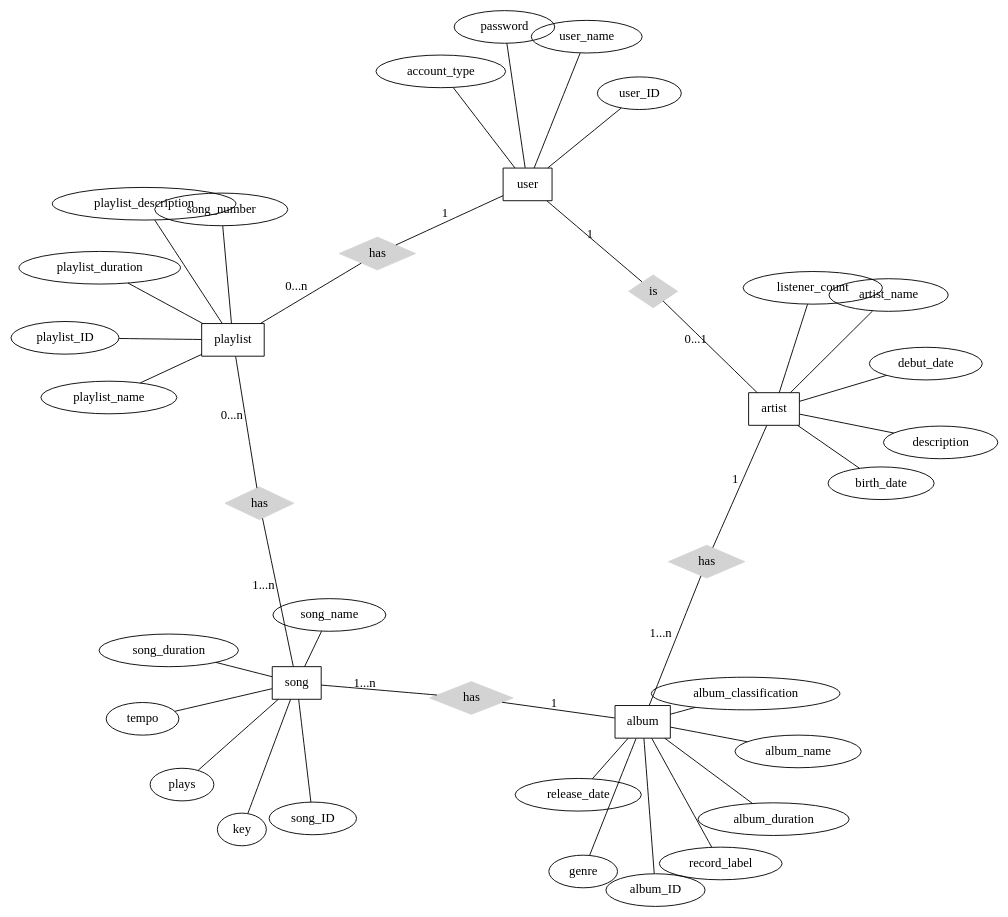
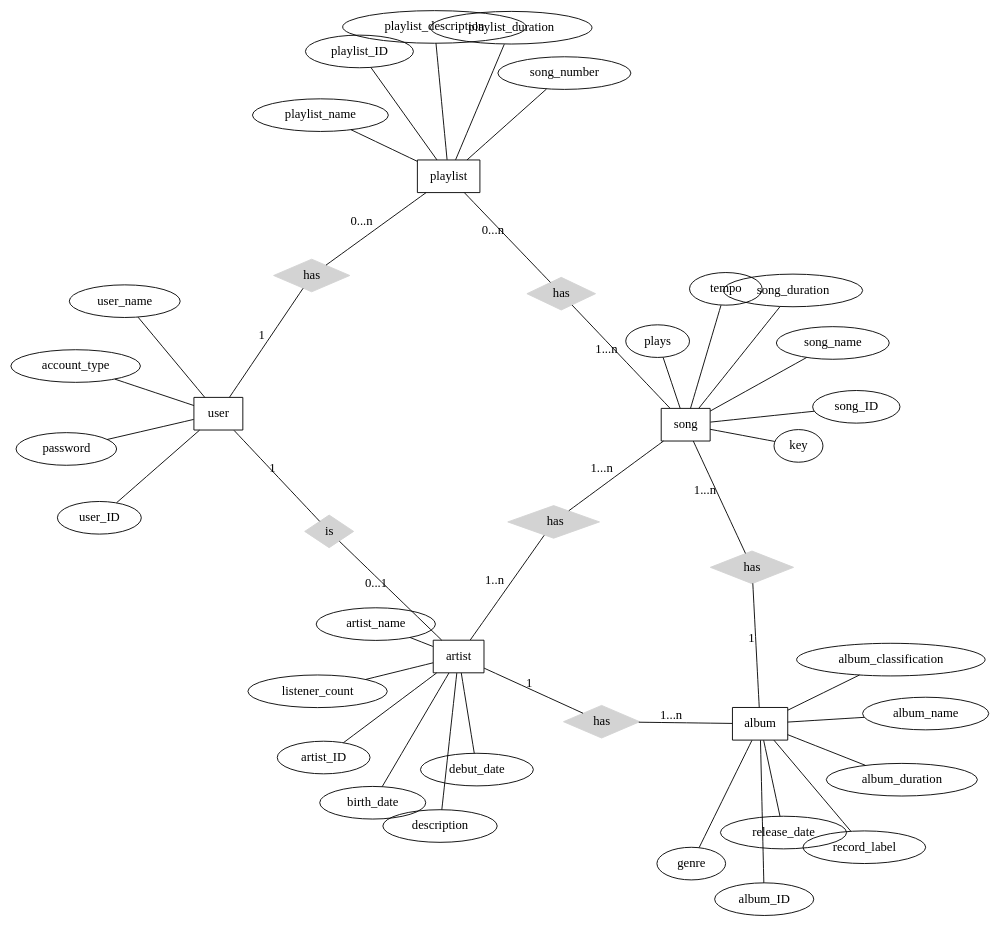
One commit to cmsc-vcu/cmsc508-fa2023-prj-music-database-group32 changed the first of 2 diagrams in reports/Deliverable4.qmd. Above: the diagram before and after it, drawn with Graphviz. The commit also changed other lines of this file and 1 other file, not shown here.

Commit message:
ER diagram edits and relational schemas

````diff
--- a/reports/Deliverable4.qmd
+++ b/reports/Deliverable4.qmd
@@ -34,57 +34,61 @@
 ```{dot}
 graph ER {
     layout=neato;
     scale=2;
     node [shape=box]; playlist, album, song, user, artist
-    node [shape=ellipse]; playlist_ID, playlist_name, user, description, album_ID, album_name, record_label, genre, song_ID, song_name, tempo, key, user_ID, user_name, password, account_type, listener_count, plays, song_number, album_classification, playlist_description, album_duration, song_duration, release_date, birth_date, debut_date, playlist_duration, artist_name
-    node [shape=diamond,style=filled,color=lightgrey]; has, "has ",is, " has", " has "
+    node [shape=ellipse]; playlist_ID, playlist_name, user, description, album_ID, album_name, record_label, genre, song_ID, song_name, tempo, key, user_ID, user_name, password, account_type, listener_count, plays, song_number, album_classification, playlist_description, album_duration, song_duration, release_date, birth_date, debut_date,playlist_duration, artist_name, artist_ID
+    node [shape=diamond,style=filled,color=lightgrey]; has, "has ",is, " has", " has ", "  has "
     
     playlist -- has [label="0...n",len=1.00]
     has -- song [label="1...n",len=1.00]
 
     playlist -- "has " [label="0...n",len=1.00]
     "has " -- user [label="1",len=1.00]
 
     artist -- is [label="0...1",len=1.00]
     is -- user [label="1",len=1.00]
 
     artist -- " has" [label="1",len=1.00]
     " has" -- album [label="1...n",len=1.00]
 
     album -- " has " [label="1",len=1.00]
     " has " -- song [label="1...n",len=1.00]
+
+    artist -- "  has " [label="1..n",len=1.00]
+    "  has " -- song [label="1...n",len=1.00]
     
     playlist -- playlist_ID
     playlist -- playlist_name
     playlist -- song_number
     playlist -- playlist_description
     playlist -- playlist_duration
     
     album -- album_ID
     album -- record_label
     album -- album_classification
     album -- genre
     album -- album_name
     album -- album_duration
     album -- release_date
 
     song -- song_ID
     song -- song_name
     song -- tempo
     song -- key
     song -- plays
     song -- song_duration
 
     user -- user_ID
     user -- user_name
     user -- account_type
     user -- password
 
+    artist -- artist_ID
     artist -- description
     artist -- listener_count
     artist -- birth_date
     artist -- debut_date
     artist -- artist_name
 
 } 
 ```
````
